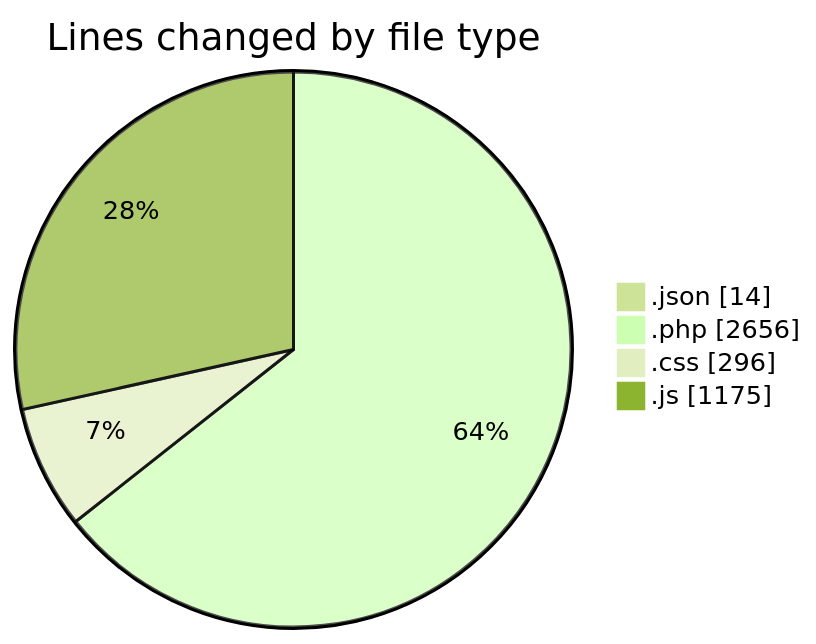
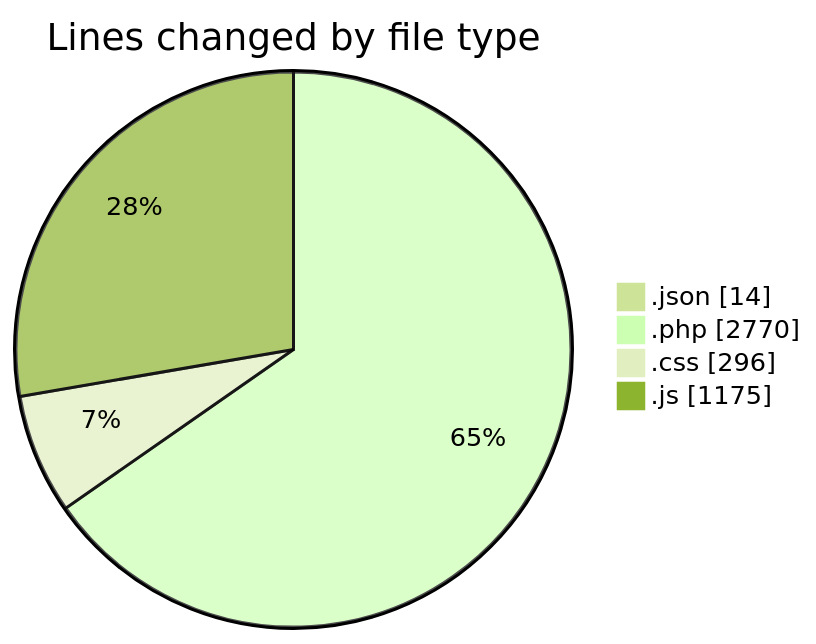
The first of 2 diagrams in 2026-07-31/untitled__workspace_/README.md (debugP/code-tracking), drawn with Mermaid (forest theme) before and after one commit. The commit also changed other lines of this file and 1 other file, not shown here.

````diff
--- a/2026-07-31/untitled__workspace_/README.md
+++ b/2026-07-31/untitled__workspace_/README.md
@@ -25,8 +25,8 @@
 ```mermaid
 pie showData
 title Lines changed by file type
 ".json" : 14
-".php" : 2656
+".php" : 2770
 ".css" : 296
 ".js" : 1175
 ```
````
